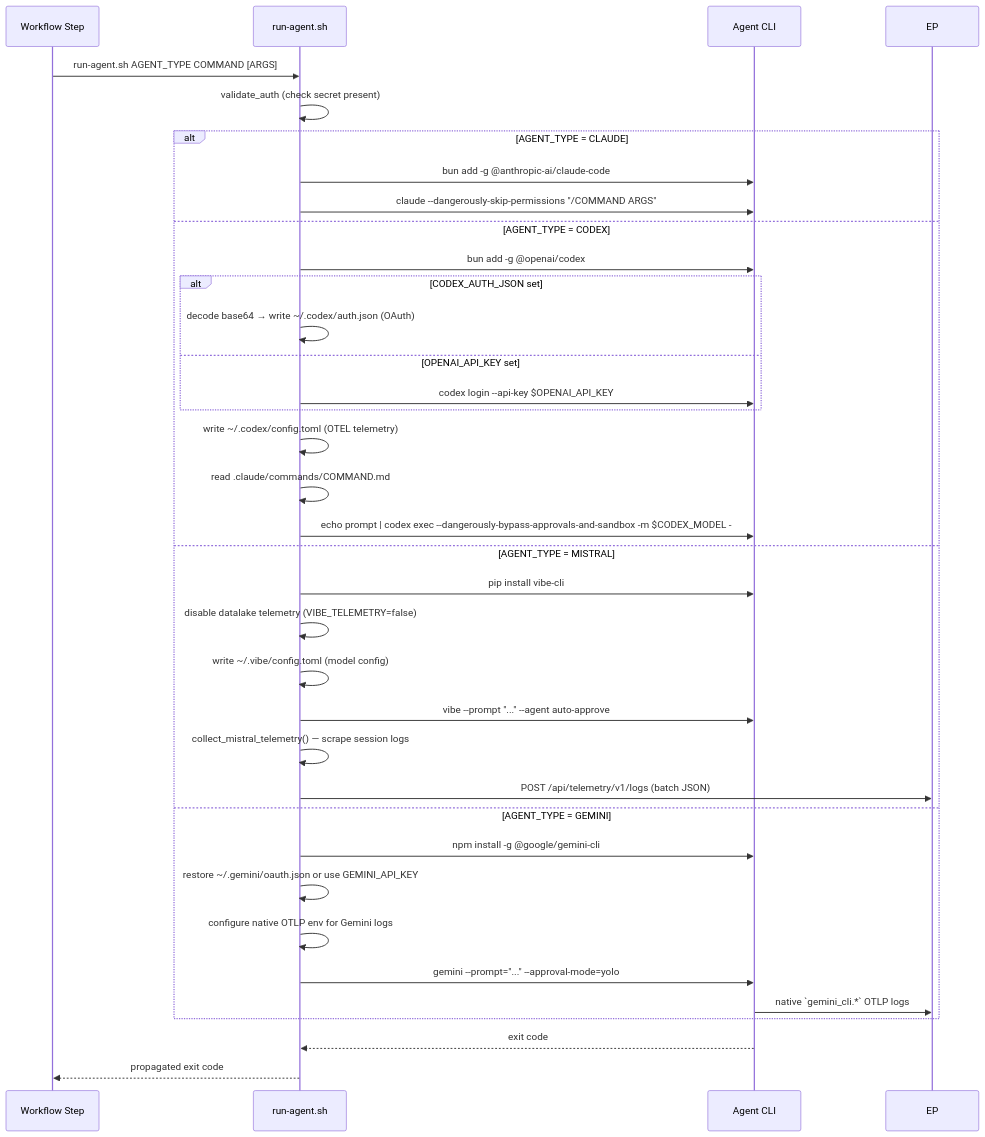
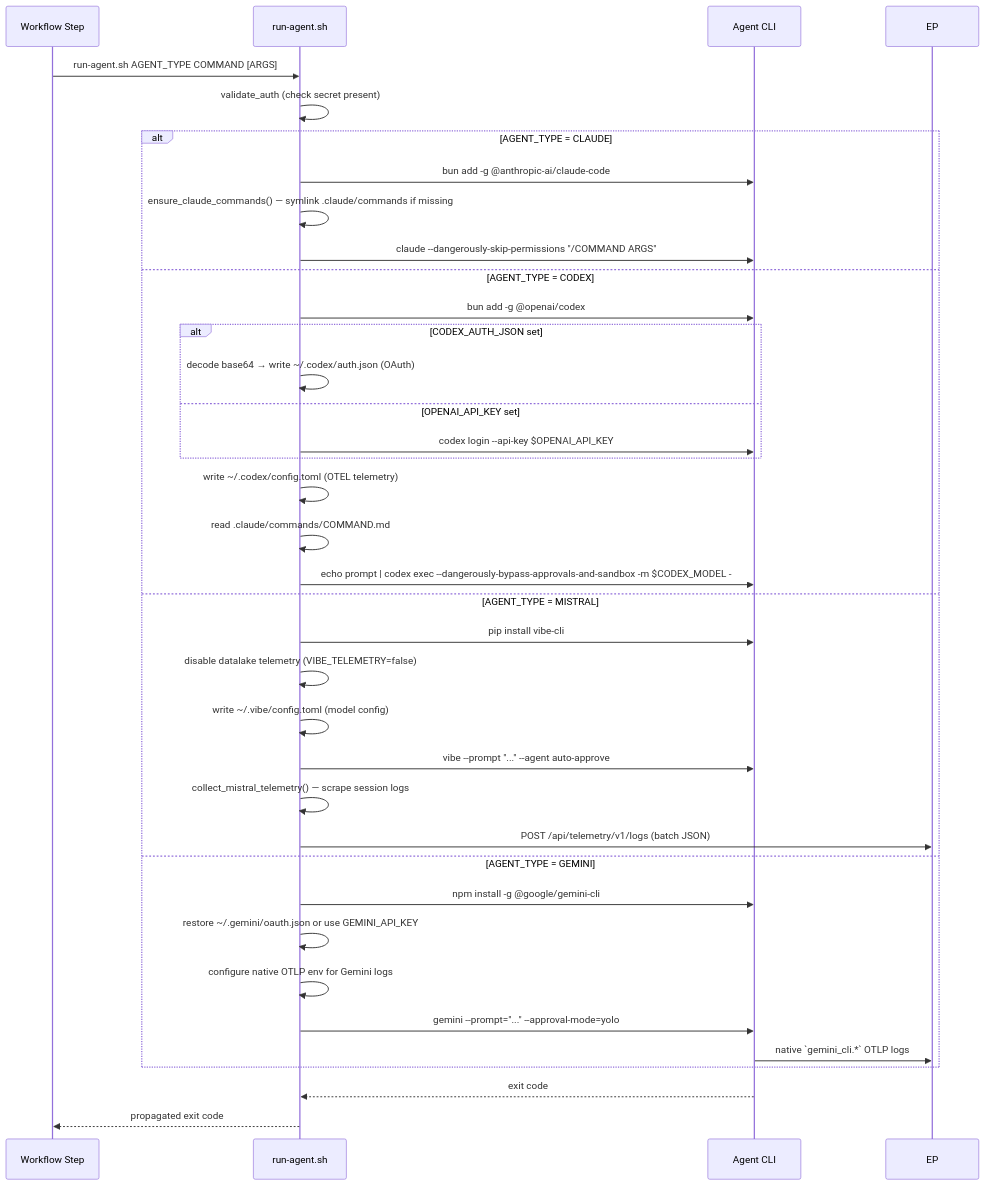
Before and after one commit to bfernandez31/ai-board: the second of 2 diagrams in specs/specifications/technical/implementation/integrations/github.md, drawn with Mermaid. The commit also changed other lines of this file and 4 other files, not shown here.

````diff
--- a/specs/specifications/technical/implementation/integrations/github.md
+++ b/specs/specifications/technical/implementation/integrations/github.md
@@ -491,38 +491,39 @@
 ```mermaid
 sequenceDiagram
     participant WF as Workflow Step
     participant RS as run-agent.sh
     participant CLI as Agent CLI
 
     WF->>RS: run-agent.sh AGENT_TYPE COMMAND [ARGS]
     RS->>RS: validate_auth (check secret present)
     alt AGENT_TYPE = CLAUDE
         RS->>CLI: bun add -g @anthropic-ai/claude-code
+        RS->>RS: ensure_claude_commands() — symlink .claude/commands if missing
         RS->>CLI: claude --dangerously-skip-permissions "/COMMAND ARGS"
     else AGENT_TYPE = CODEX
         RS->>CLI: bun add -g @openai/codex
         alt CODEX_AUTH_JSON set
             RS->>RS: decode base64 → write ~/.codex/auth.json (OAuth)
         else OPENAI_API_KEY set
             RS->>CLI: codex login --api-key $OPENAI_API_KEY
         end
         RS->>RS: write ~/.codex/config.toml (OTEL telemetry)
         RS->>RS: read .claude/commands/COMMAND.md
         RS->>CLI: echo prompt | codex exec --dangerously-bypass-approvals-and-sandbox -m $CODEX_MODEL -
     else AGENT_TYPE = MISTRAL
         RS->>CLI: pip install vibe-cli
         RS->>RS: disable datalake telemetry (VIBE_TELEMETRY=false)
         RS->>RS: write ~/.vibe/config.toml (model config)
         RS->>CLI: vibe --prompt "..." --agent auto-approve
         RS->>RS: collect_mistral_telemetry() — scrape session logs
         RS->>EP: POST /api/telemetry/v1/logs (batch JSON)
     else AGENT_TYPE = GEMINI
         RS->>CLI: npm install -g @google/gemini-cli
         RS->>RS: restore ~/.gemini/oauth.json or use GEMINI_API_KEY
         RS->>RS: configure native OTLP env for Gemini logs
         RS->>CLI: gemini --prompt="..." --approval-mode=yolo
         CLI->>EP: native `gemini_cli.*` OTLP logs
     end
     CLI-->>RS: exit code
     RS-->>WF: propagated exit code
 ```
````
